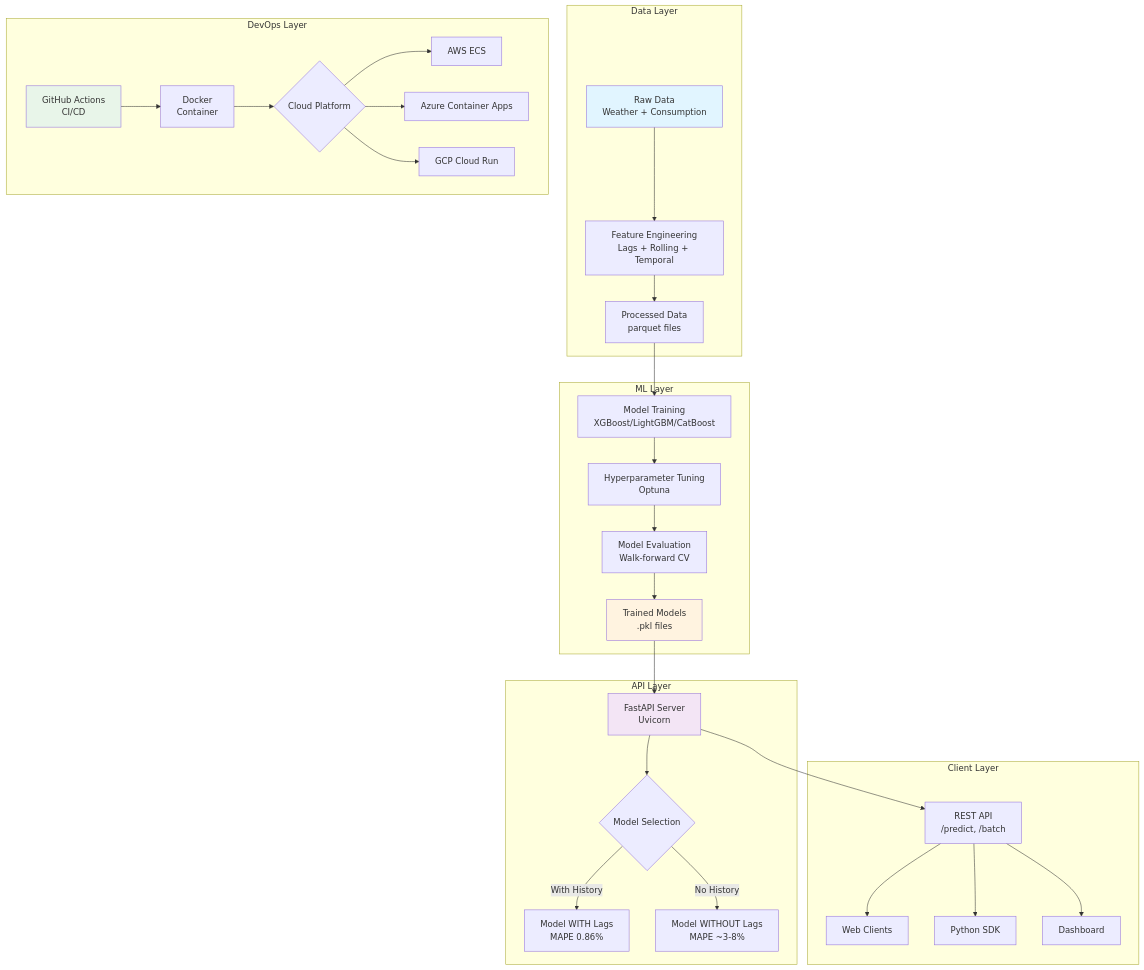
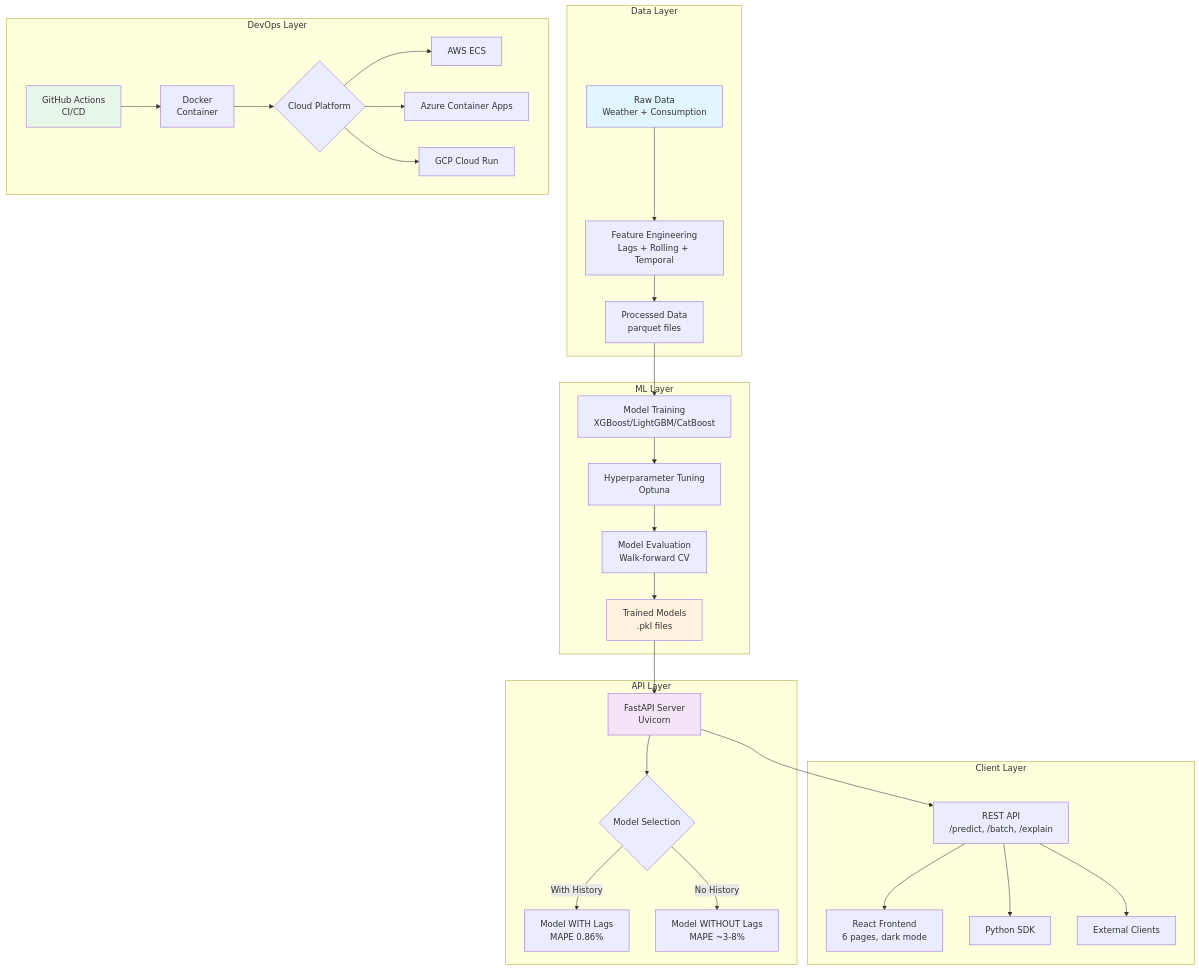
One commit to Pedrom2002/energy-forecast-pt changed the first of 5 diagrams in docs/ARCHITECTURE.md. Above: the diagram before and after it, drawn with Mermaid. The commit also changed other lines of this file and 5 other files, not shown here.

````diff
--- a/docs/ARCHITECTURE.md
+++ b/docs/ARCHITECTURE.md
@@ -9,41 +9,41 @@
 ```mermaid
 graph TB
     subgraph "Data Layer"
         A[Raw Data<br/>Weather + Consumption] --> B[Feature Engineering<br/>Lags + Rolling + Temporal]
         B --> C[Processed Data<br/>parquet files]
     end
 
     subgraph "ML Layer"
         C --> D[Model Training<br/>XGBoost/LightGBM/CatBoost]
         D --> E[Hyperparameter Tuning<br/>Optuna]
         E --> F[Model Evaluation<br/>Walk-forward CV]
         F --> G[Trained Models<br/>.pkl files]
     end
 
     subgraph "API Layer"
         G --> H[FastAPI Server<br/>Uvicorn]
         H --> I{Model Selection}
         I -->|With History| J[Model WITH Lags<br/>MAPE 0.86%]
         I -->|No History| K[Model WITHOUT Lags<br/>MAPE ~3-8%]
     end
 
     subgraph "Client Layer"
-        H --> L[REST API<br/>/predict, /batch]
-        L --> M[Web Clients]
+        H --> L[REST API<br/>/predict, /batch, /explain]
+        L --> M[React Frontend<br/>6 pages, dark mode]
         L --> N[Python SDK]
-        L --> O[Dashboard]
+        L --> O[External Clients]
     end
 
     subgraph "DevOps Layer"
         P[GitHub Actions<br/>CI/CD] --> Q[Docker<br/>Container]
         Q --> R{Cloud Platform}
         R --> S[AWS ECS]
         R --> T[Azure Container Apps]
         R --> U[GCP Cloud Run]
     end
 
     style A fill:#e1f5ff
     style G fill:#fff3e0
     style H fill:#f3e5f5
     style P fill:#e8f5e9
 ```
````
